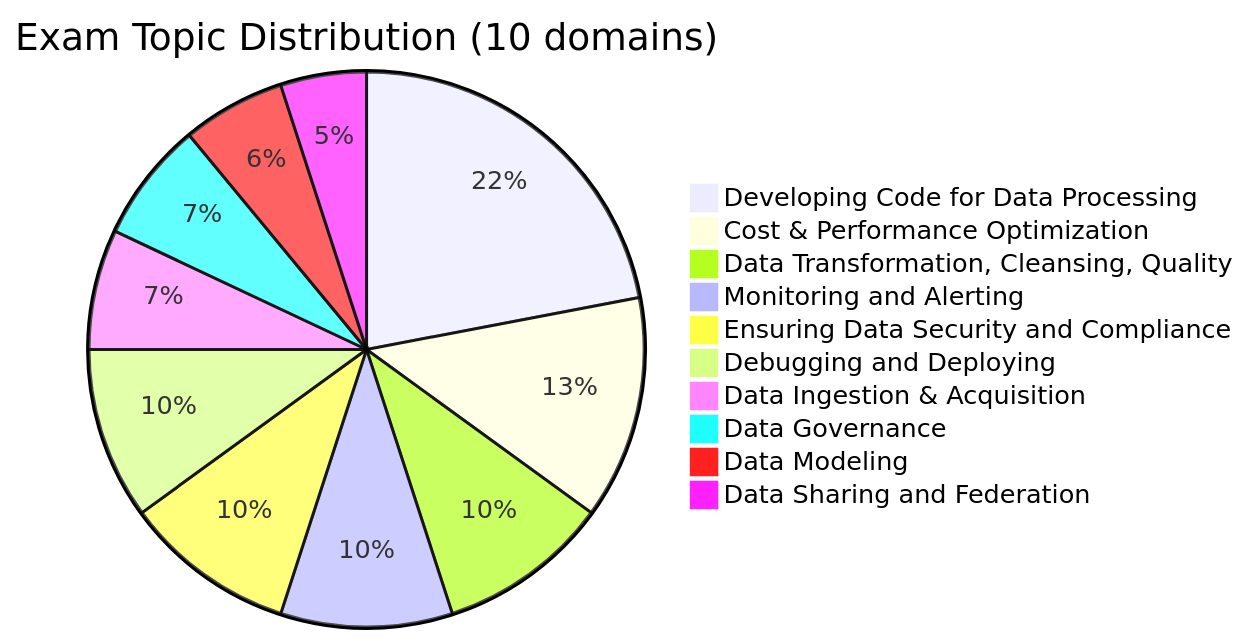
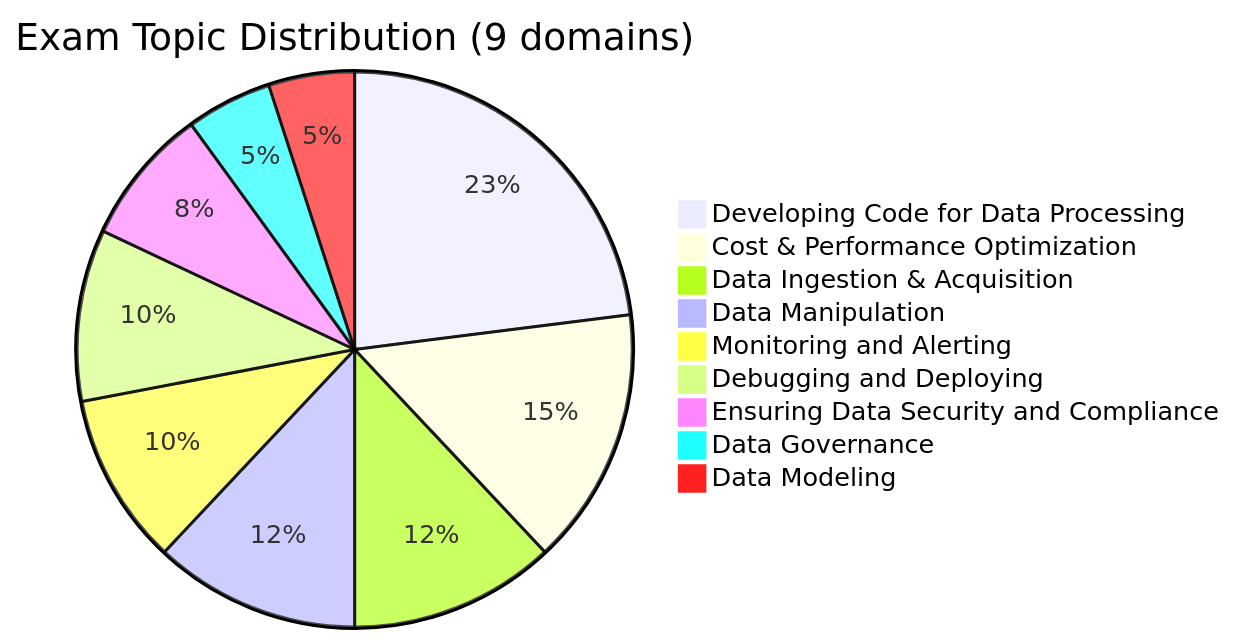
Before and after one commit to kengio/databricks-certification-study-guide: the diagram in certifications/data-engineer-professional/README.md, drawn with Mermaid. The commit also changed other lines of this file and 13 other files, not shown here.

````diff
--- a/certifications/data-engineer-professional/README.md
+++ b/certifications/data-engineer-professional/README.md
@@ -43,13 +46,12 @@
 ```mermaid
-pie title Exam Topic Distribution (10 domains)
-    "Developing Code for Data Processing" : 22
-    "Cost & Performance Optimization" : 13
-    "Data Transformation, Cleansing, Quality" : 10
+pie title Exam Topic Distribution (9 domains)
+    "Developing Code for Data Processing" : 23
+    "Cost & Performance Optimization" : 15
+    "Data Ingestion & Acquisition" : 12
+    "Data Manipulation" : 12
     "Monitoring and Alerting" : 10
-    "Ensuring Data Security and Compliance" : 10
     "Debugging and Deploying" : 10
-    "Data Ingestion & Acquisition" : 7
-    "Data Governance" : 7
-    "Data Modeling" : 6
-    "Data Sharing and Federation" : 5
+    "Ensuring Data Security and Compliance" : 8
+    "Data Governance" : 5
+    "Data Modeling" : 5
 ```
````
